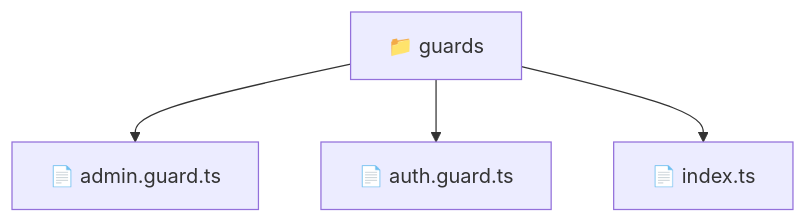
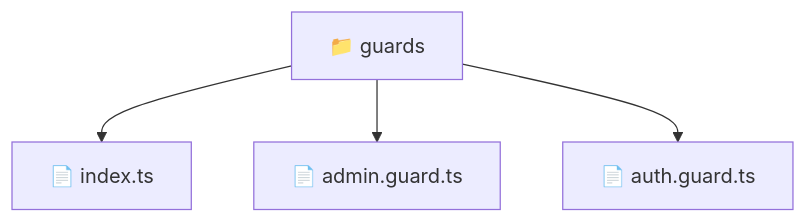
One commit to beginwebdev2002/fullstack-mavluda changed the diagram in frontend/src/core/guards/README.md. Above: the diagram before and after it, drawn with Mermaid. The commit also changed other lines of this file and 164 other files, not shown here.

First line of the commit message:
docs: generate robust autonomous architectural documentation

````diff
--- a/frontend/src/core/guards/README.md
+++ b/frontend/src/core/guards/README.md
@@ -9,7 +11,7 @@
 ```mermaid
 graph TD
-  Root["📁 guards"]
-  Root --> admin_guard_ts["📄 admin.guard.ts"]
-  Root --> auth_guard_ts["📄 auth.guard.ts"]
-  Root --> index_ts["📄 index.ts"]
+    f_guards["📁 guards"]
+    f_guards --> f_index_ts["📄 index.ts"]
+    f_guards --> f_admin_guard_ts["📄 admin.guard.ts"]
+    f_guards --> f_auth_guard_ts["📄 auth.guard.ts"]
 ```
````
